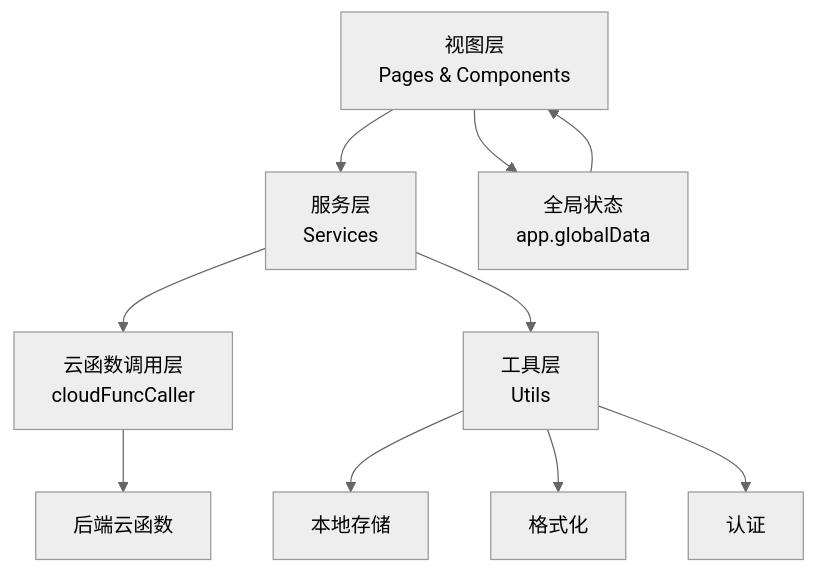
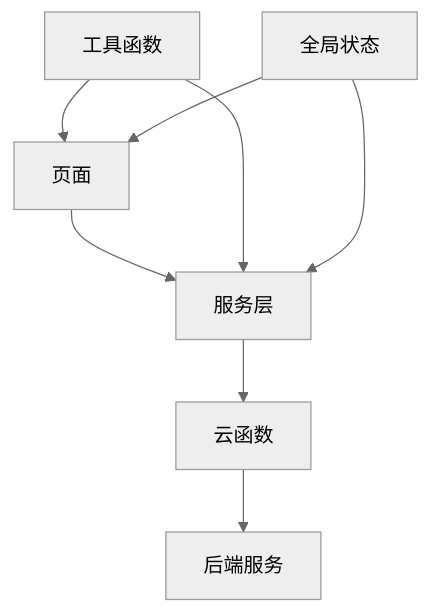
The second of 8 diagrams in .qoder/repowiki/zh/content/前端架构/前端架构.md (RainbowRain9/HeartChat), drawn with Mermaid (neutral theme) before and after one commit. The commit also changed other lines of this file and 208 other files, not shown here.

````diff
--- a/.qoder/repowiki/zh/content/前端架构/前端架构.md
+++ b/.qoder/repowiki/zh/content/前端架构/前端架构.md
@@ -79,12 +67,10 @@
 ```mermaid
 graph TD
-A[视图层<br>Pages & Components] --> B[服务层<br>Services]
-B --> C[云函数调用层<br>cloudFuncCaller]
-C --> D[后端云函数]
-B --> E[工具层<br>Utils]
-E --> F[本地存储]
-E --> G[格式化]
-E --> H[认证]
-A --> I[全局状态<br>app.globalData]
-I --> A
+A[页面] --> B[服务层]
+B --> C[云函数]
+C --> D[后端服务]
+E[工具函数] --> A
+E --> B
+F[全局状态] --> A
+F --> B
 ```
````
